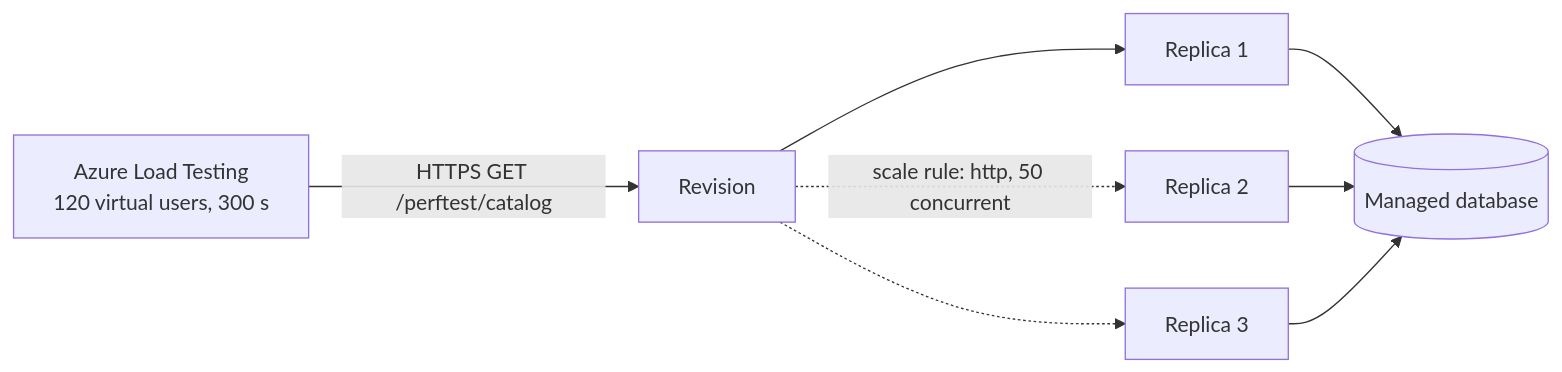
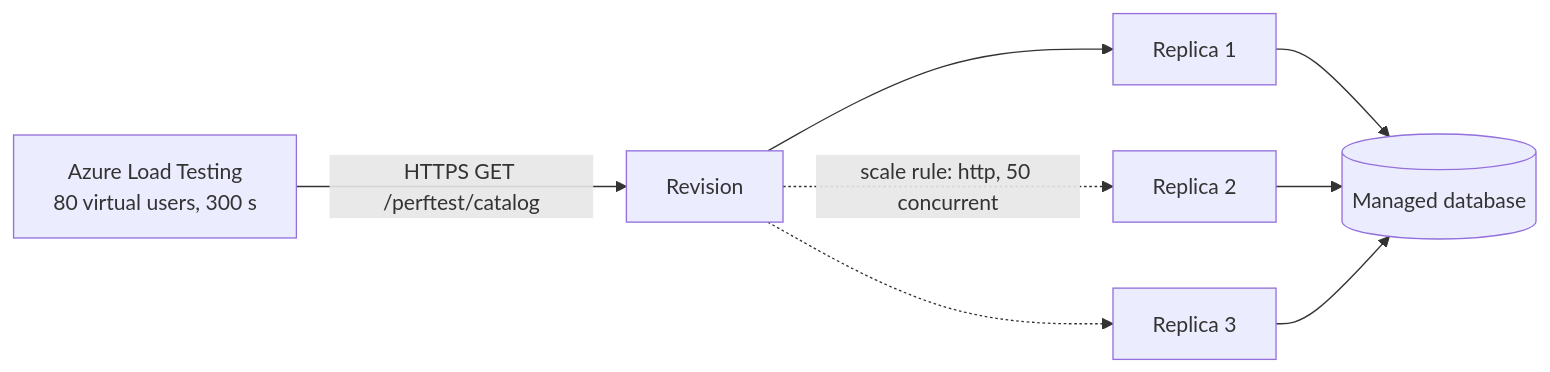
Before and after one commit to CZSK-MicroHacks/MicroHack-AppInnovation: the diagram in challenges/ch02/README.md, drawn with Mermaid. The commit also changed other lines of this file and 4 other files, not shown here.

````diff
--- a/challenges/ch02/README.md
+++ b/challenges/ch02/README.md
@@ -84,10 +84,10 @@
 ```mermaid
 flowchart LR
-    LT[Azure Load Testing<br/>120 virtual users, 300 s] -->|HTTPS GET /perftest/catalog| REV
+    LT[Azure Load Testing<br/>80 virtual users, 300 s] -->|HTTPS GET /perftest/catalog| REV
     REV[Revision] --> R1[Replica 1]
     REV -.scale rule: http, 50 concurrent.-> R2[Replica 2]
     REV -.-> R3[Replica 3]
     R1 --> DB[(Managed database)]
     R2 --> DB
     R3 --> DB
 ```
````
